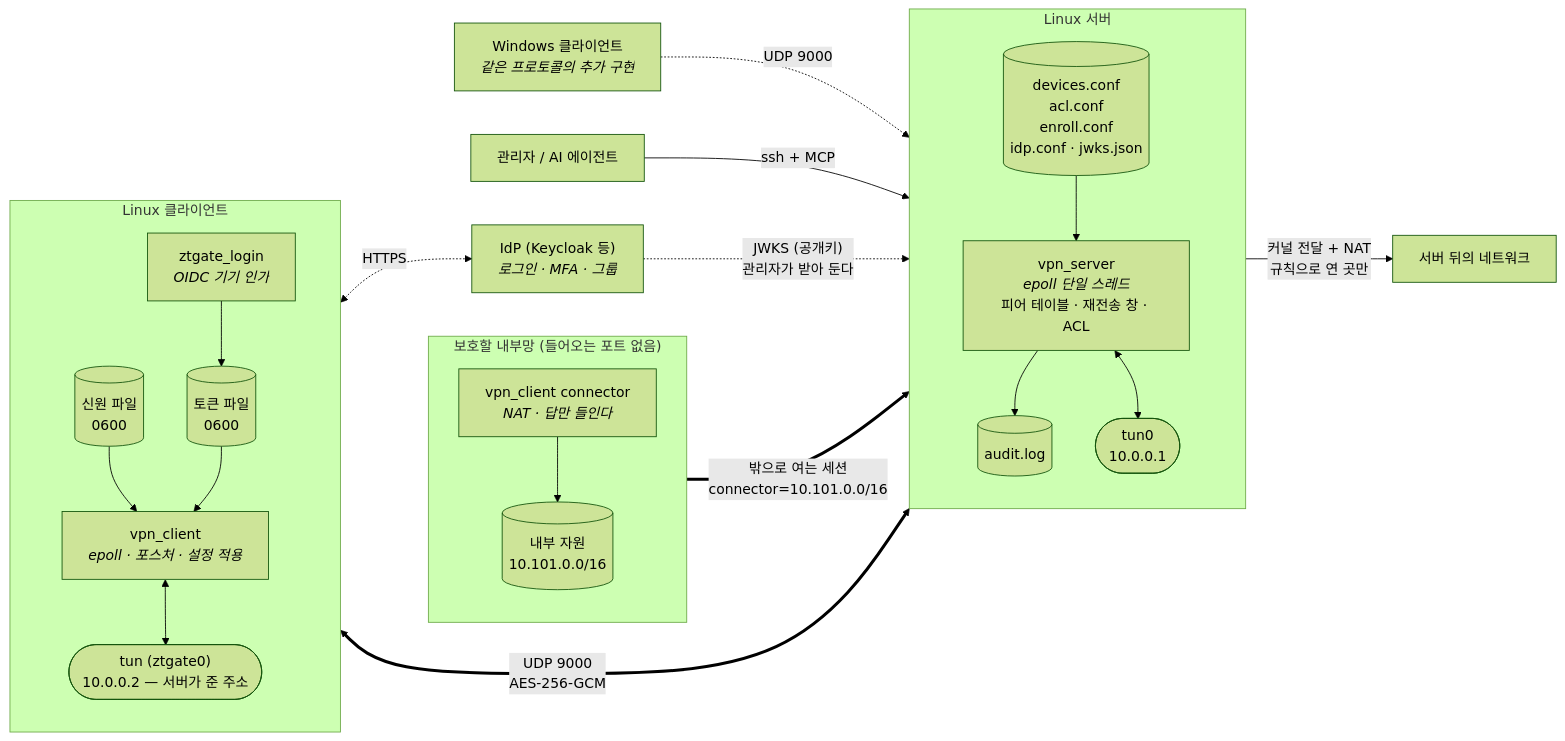
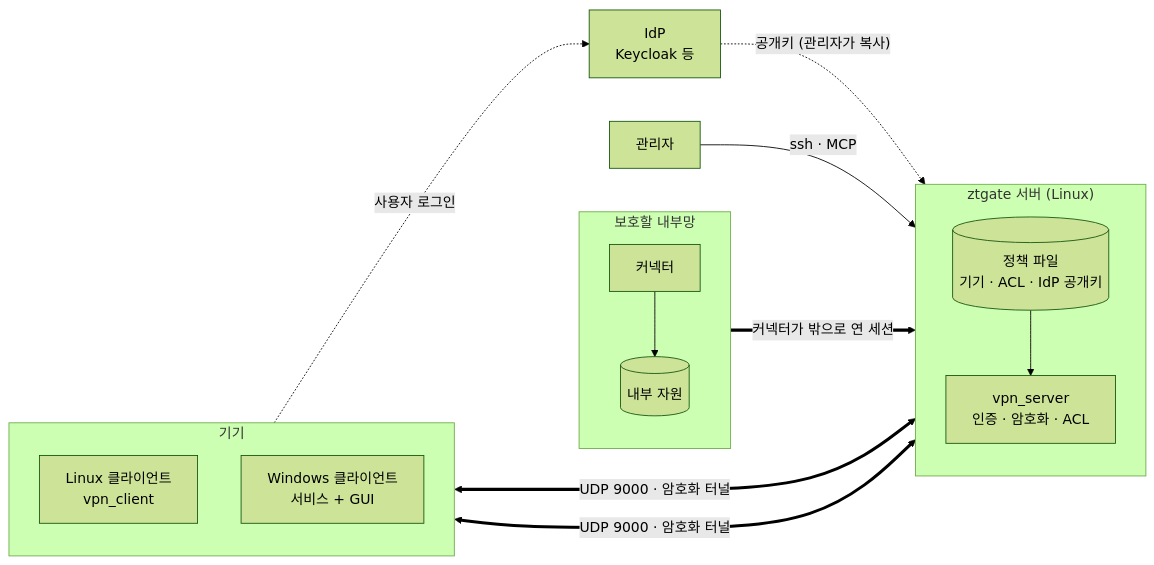
One commit to k1msatgat/ztgate changed the first of 7 diagrams in README.md. Above: the diagram before and after it, drawn with Mermaid (forest theme). The commit also changed other lines of this file, not shown here.

Commit message:
문서: README 의 "한눈에 보기"와 "서버 구조" 그림을 단순하게
"한눈에 보기"는 상자 스무 개에 선이 엇갈려, README 폭으로 줄면 글자가 읽히지
않았다. 기기 / 서버 / 내부망 / IdP · 관리자 수준으로 줄이고, 신원 파일과 토큰
파일 같은 세부는 바로 아래 표에 맡겼다. 그림 아래에 세 줄 요약을 붙였다.

"서버 구조"는 맨 아래(감싸기)에서 맨 위(UDP 소켓)로 돌아가는 긴 곡선을 없애고
받는 소켓과 보내는 소켓을 따로 그렸다.

````diff
--- a/README.md
+++ b/README.md
@@ -44,46 +44,32 @@
 ```mermaid
 flowchart LR
-    subgraph CLI["Linux 클라이언트"]
+    subgraph DEV["기기"]
         direction TB
-        VC["vpn_client<br/><i>epoll · 포스처 · 설정 적용</i>"]
-        CT(["tun (ztgate0)<br/>10.0.0.2 — 서버가 준 주소"])
-        ID[("신원 파일<br/>0600")]
-        LG["ztgate_login<br/><i>OIDC 기기 인가</i>"]
-        TK[("토큰 파일<br/>0600")]
-        ID --> VC
-        LG --> TK --> VC
-        VC <--> CT
+        LC["Linux 클라이언트<br/>vpn_client"]
+        WC["Windows 클라이언트<br/>서비스 + GUI"]
     end
 
-    subgraph SRV["Linux 서버"]
+    subgraph SRV["ztgate 서버 (Linux)"]
         direction TB
-        VS["vpn_server<br/><i>epoll 단일 스레드</i><br/>피어 테이블 · 재전송 창 · ACL"]
-        TUN(["tun0<br/>10.0.0.1"])
-        CONF[("devices.conf<br/>acl.conf<br/>enroll.conf<br/>idp.conf · jwks.json")]
-        AUD[("audit.log")]
+        VS["vpn_server<br/>인증 · 암호화 · ACL"]
+        CONF[("정책 파일<br/>기기 · ACL · IdP 공개키")]
         CONF --> VS
-        VS --> AUD
-        VS <--> TUN
     end
 
-    subgraph LAN["보호할 내부망 (들어오는 포트 없음)"]
+    subgraph LAN["보호할 내부망"]
         direction TB
-        CN["vpn_client connector<br/><i>NAT · 답만 들인다</i>"]
-        RES[("내부 자원<br/>10.101.0.0/16")]
+        CN["커넥터"]
+        RES[("내부 자원")]
         CN --> RES
     end
 
-    WIN["Windows 클라이언트<br/><i>같은 프로토콜의 추가 구현</i>"]
-    NET["서버 뒤의 네트워크"]
-    ADMIN["관리자 / AI 에이전트"]
+    IDP["IdP<br/>Keycloak 등"]
+    ADMIN["관리자"]
 
-    VC <==>|"UDP 9000<br/>AES-256-GCM"| VS
-    WIN -.->|"UDP 9000"| VS
-    CN ==>|"밖으로 여는 세션<br/>connector=10.101.0.0/16"| VS
-    TUN -->|"커널 전달 + NAT<br/>규칙으로 연 곳만"| NET
-    ADMIN -->|"ssh + MCP"| CONF
-
-    IDP["IdP (Keycloak 등)<br/><i>로그인 · MFA · 그룹</i>"]
-    LG <-.->|"HTTPS"| IDP
-    IDP -.->|"JWKS (공개키)<br/>관리자가 받아 둔다"| CONF
+    LC <==>|"UDP 9000 · 암호화 터널"| VS
+    WC <==>|"UDP 9000 · 암호화 터널"| VS
+    CN ==>|"커넥터가 밖으로 연 세션"| VS
+    DEV -.->|"사용자 로그인"| IDP
+    IDP -.->|"공개키 (관리자가 복사)"| CONF
+    ADMIN -->|"ssh · MCP"| CONF
 ```
````
